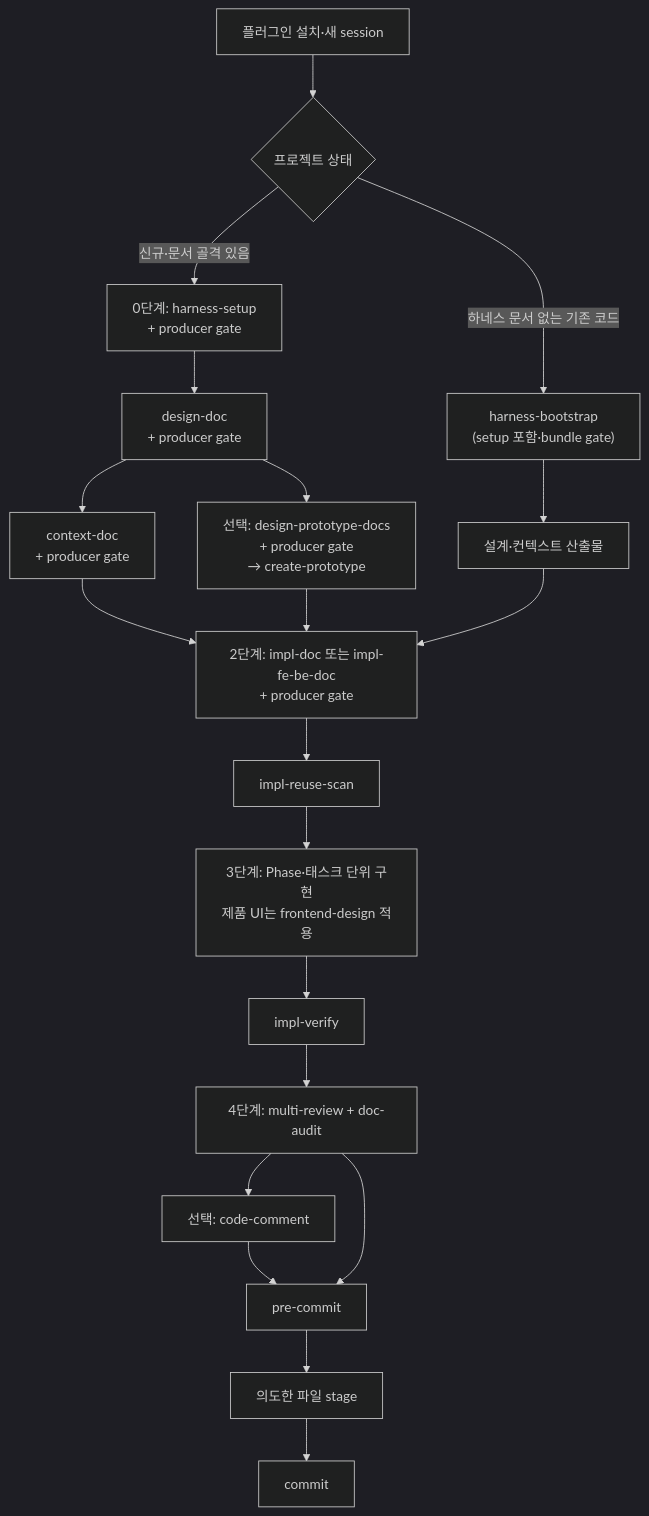
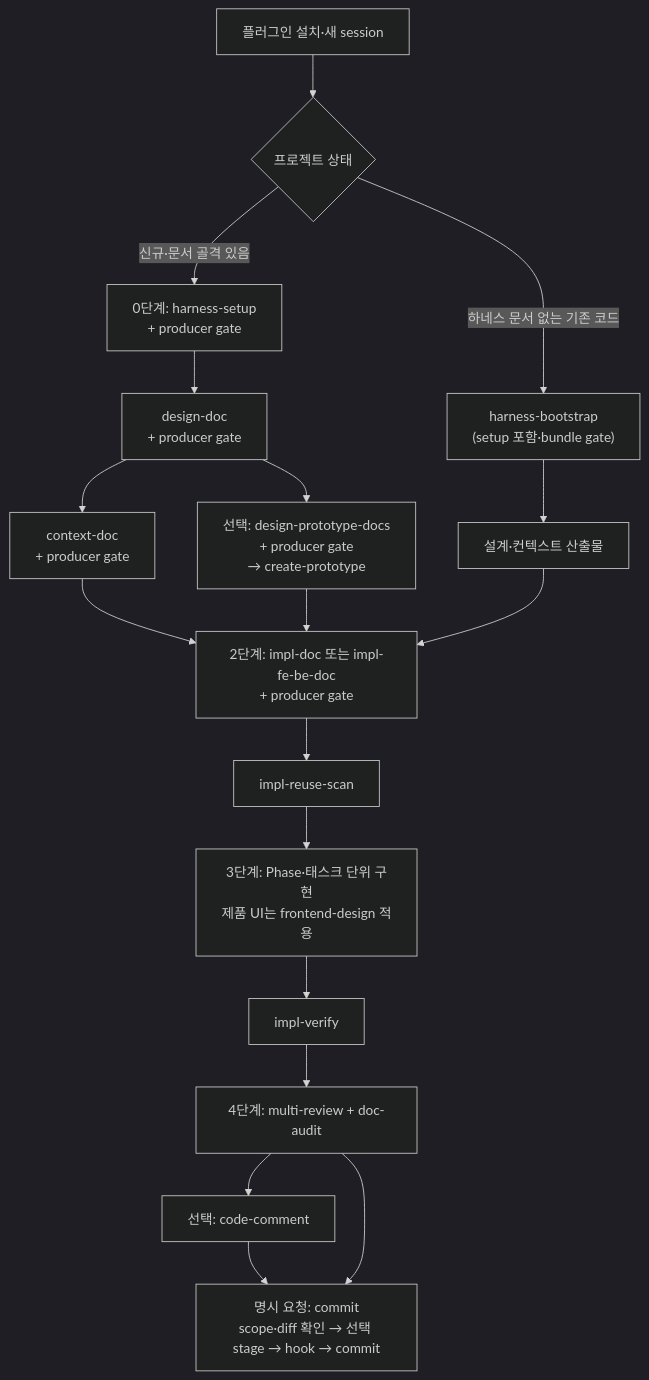
The first of 2 diagrams in README.md (hb9397/ai-agent-harness-docs), drawn with Mermaid (dark theme) before and after one commit. The commit also changed other lines of this file and 43 other files, not shown here.

First line of the commit message:
refactor(skills): replace pre-commit and unify upstream governance

````diff
--- a/README.md
+++ b/README.md
@@ -69,22 +71,20 @@
 ```mermaid
 flowchart TD
     P["플러그인 설치·새 session"] --> N{"프로젝트 상태"}
     N -->|"신규·문서 골격 있음"| S["0단계: harness-setup<br/>+ producer gate"]
     S --> D["design-doc<br/>+ producer gate"]
     N -->|"하네스 문서 없는 기존 코드"| B["harness-bootstrap<br/>(setup 포함·bundle gate)"]
     D --> C["context-doc<br/>+ producer gate"]
     B --> C2["설계·컨텍스트 산출물"]
     D --> U["선택: design-prototype-docs<br/>+ producer gate<br/>→ create-prototype"]
     C --> I["2단계: impl-doc 또는 impl-fe-be-doc<br/>+ producer gate"]
     C2 --> I
     U --> I
     I --> R["impl-reuse-scan"]
     R --> W["3단계: Phase·태스크 단위 구현<br/>제품 UI는 frontend-design 적용"]
     W --> V["impl-verify"]
     V --> Q["4단계: multi-review + doc-audit"]
     Q --> CC["선택: code-comment"]
-    CC --> PC["pre-commit"]
-    Q --> PC
-    PC --> ST["의도한 파일 stage"]
-    ST --> CM["commit"]
+    CC --> CM["명시 요청: commit<br/>scope·diff 확인 → 선택 stage → hook → commit"]
+    Q --> CM
 ```
````
